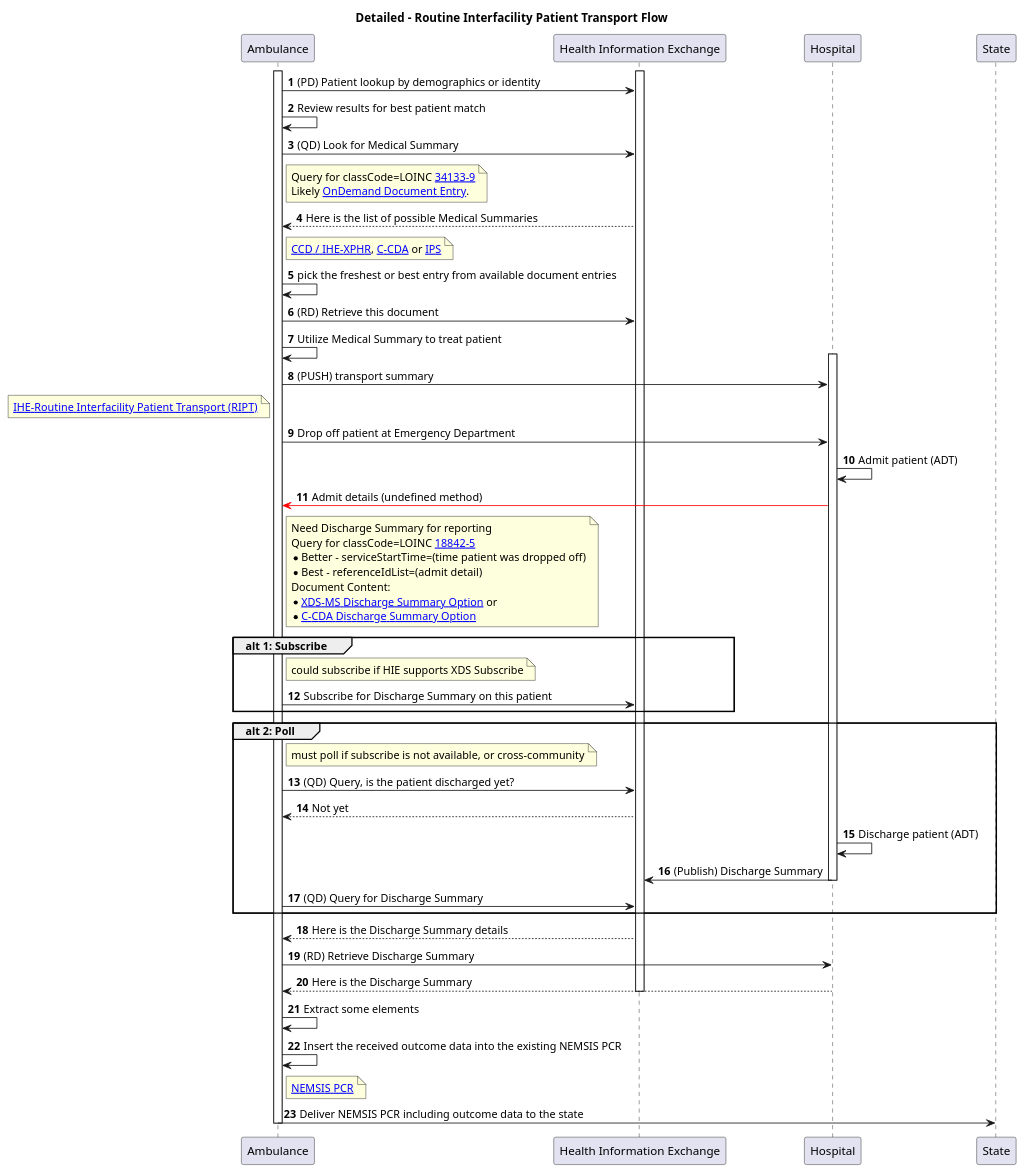
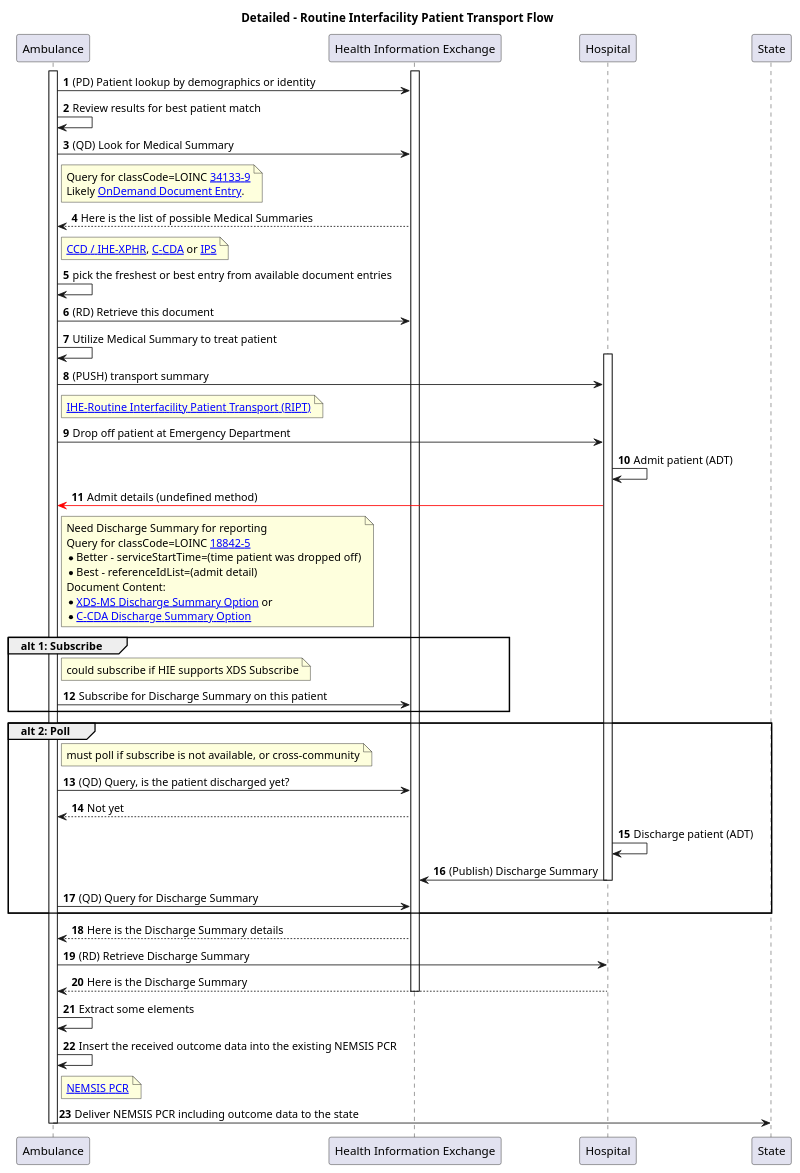
The diagram in input/images-source/usecase2-processflow.plantuml (IHE/EMS-Overall), drawn with PlantUML before and after one commit.

```diff
--- a/input/images-source/usecase2-processflow.plantuml
+++ b/input/images-source/usecase2-processflow.plantuml
@@ -1,60 +1,60 @@
 @startuml
 skinparam svgDimensionStyle false
 title Detailed - Routine Interfacility Patient Transport Flow
 participant "Ambulance" as Ambulance
 participant "Health Information Exchange" as HIE [[https://profiles.ihe.net/ITI/HIE-Whitepaper/index.html HIE-Whitepaper]]
 autonumber
 activate Ambulance
 activate HIE
 Ambulance -> HIE: (PD) Patient lookup by demographics or identity
 Ambulance -> Ambulance: Review results for best patient match
 
 Ambulance -> HIE: (QD) Look for Medical Summary
 Note right of Ambulance: Query for classCode=LOINC [[https://loinc.org/34133-9/ 34133-9]]\nLikely [[https://profiles.ihe.net/ITI/HIE-Whitepaper/index.html#212-dynamic-documents OnDemand Document Entry]].
 Ambulance <-- HIE: Here is the list of possible Medical Summaries
 Note right of Ambulance: [[https://www.ihe.net/uploadedFiles/Documents/PCC/IHE_PCC_TF_Vol1.pdf#nameddest=4_Exchange_of_Personal_Health_R CCD / IHE-XPHR]], [[https://www.hl7.org/ccdasearch/ C-CDA]] or [[https://hl7.org/fhir/uv/ips/ IPS]]
 Ambulance -> Ambulance: pick the freshest or best entry from available document entries
 
 Ambulance -> HIE: (RD) Retrieve this document
 Ambulance -> Ambulance: Utilize Medical Summary to treat patient
 
 activate Hospital
 Ambulance -> Hospital: (PUSH) transport summary 
-Note left of Ambulance: [[https://www.ihe.net/uploadedFiles/Documents/PCC/IHE_PCC_Suppl_RIPT.pdf IHE-Routine Interfacility Patient Transport (RIPT)]]
+Note right of Ambulance: [[https://www.ihe.net/uploadedFiles/Documents/PCC/IHE_PCC_Suppl_RIPT.pdf IHE-Routine Interfacility Patient Transport (RIPT)]]
 
 Ambulance -> Hospital: Drop off patient at Emergency Department
 
 Hospital-> Hospital: Admit patient (ADT)
 
 Hospital -[#red]> Ambulance: Admit details (undefined method)
 
 Note right of Ambulance: Need Discharge Summary for reporting\nQuery for classCode=LOINC [[https://loinc.org/18842-5/ 18842-5]]\n* Better - serviceStartTime=(time patient was dropped off)\n* Best - referenceIdList=(admit detail)\nDocument Content:\n* [[https://www.ihe.net/uploadedFiles/Documents/PCC/IHE_PCC_TF_Vol1.pdf#nameddest=3_4_2_2_Discharge_Summary_Optio XDS-MS Discharge Summary Option]] or \n* [[https://www.hl7.org/ccdasearch/templates/2.16.840.1.113883.10.20.22.1.8.html C-CDA Discharge Summary Option]]
 group alt 1: Subscribe
     Note right of Ambulance: could subscribe if HIE supports XDS Subscribe
     Ambulance -> HIE: Subscribe for Discharge Summary on this patient 
 end group
 group alt 2: Poll
     Note right of Ambulance: must poll if subscribe is not available, or cross-community
     Ambulance -> HIE: (QD) Query, is the patient discharged yet? 
     Ambulance <-- HIE: Not yet
 
     Hospital -> Hospital: Discharge patient (ADT)
     Hospital -> HIE: (Publish) Discharge Summary
     deactivate Hospital
 
     Ambulance -> HIE: (QD) Query for Discharge Summary
 end group
 Ambulance <-- HIE: Here is the Discharge Summary details
 Ambulance -> Hospital: (RD) Retrieve Discharge Summary
 Ambulance <-- Hospital: Here is the Discharge Summary
 deactivate HIE
 
 
 Ambulance -> Ambulance: Extract some elements
 Ambulance -> Ambulance: Insert the received outcome data into the existing NEMSIS PCR
 Note right of Ambulance: [[https://nemsis.org/technical-resources NEMSIS PCR]]
 Ambulance -> State: Deliver NEMSIS PCR including outcome data to the state
 
 deactivate Ambulance
 
 @enduml
```
